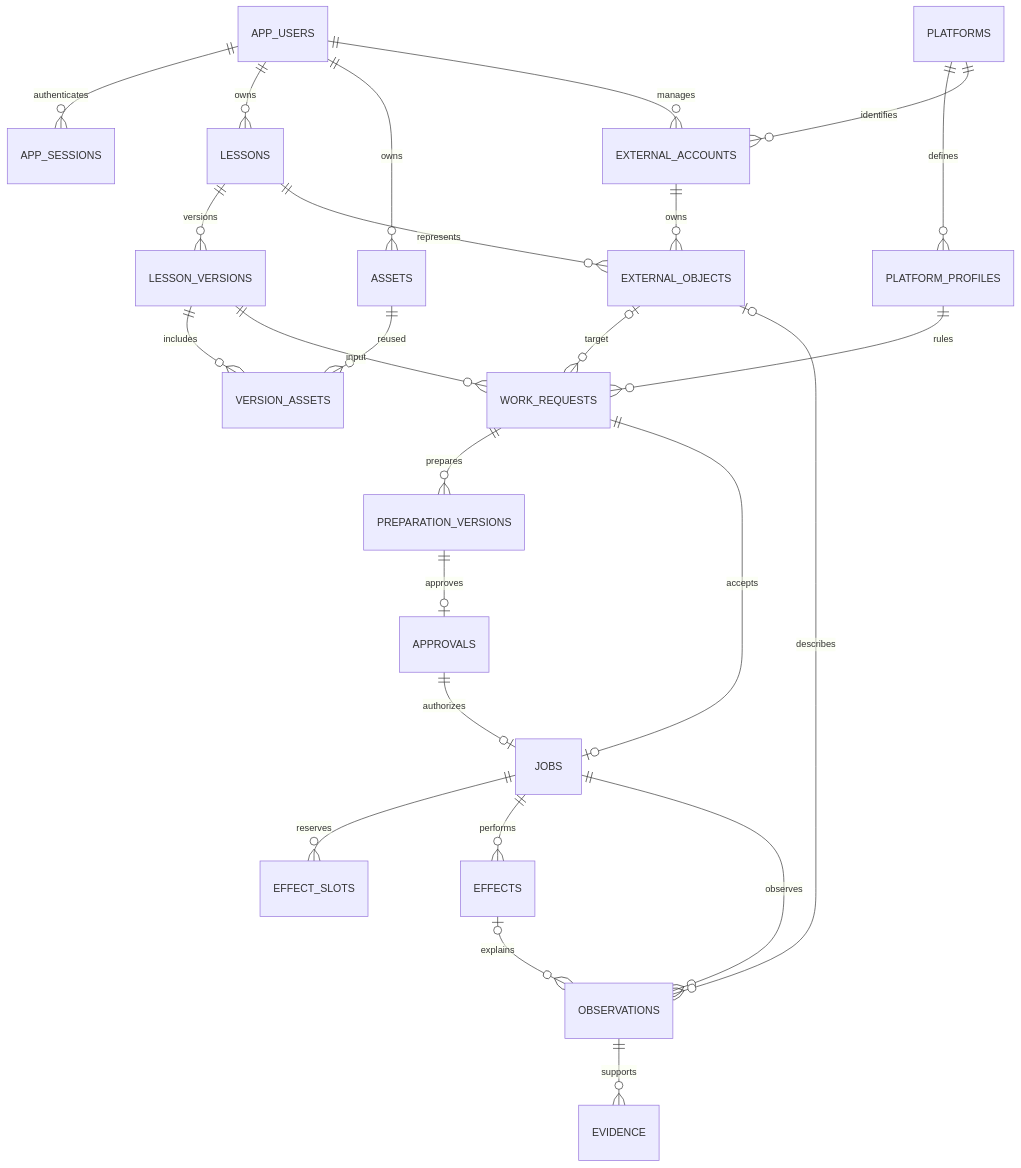
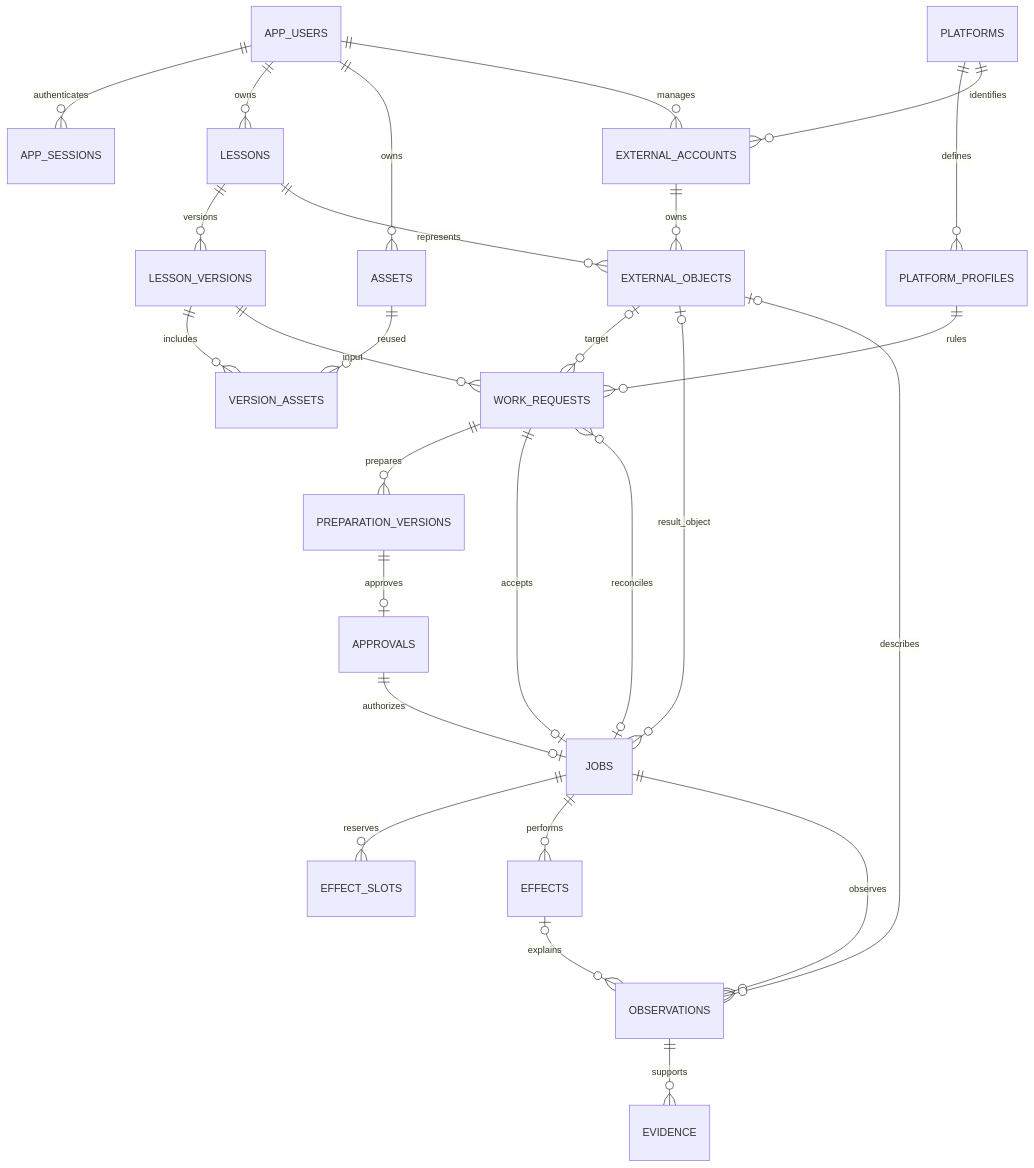
The diagram in docs/step2/데이터베이스_스키마_설계서.md (ik-e/chaja-you), drawn with Mermaid before and after one commit. The commit also changed other lines of this file and 12 other files, not shown here.

````diff
--- a/docs/step2/데이터베이스_스키마_설계서.md
+++ b/docs/step2/데이터베이스_스키마_설계서.md
@@ -12,27 +12,29 @@
 ```mermaid
 erDiagram
  APP_USERS ||--o{ APP_SESSIONS : authenticates
  APP_USERS ||--o{ LESSONS : owns
  APP_USERS ||--o{ ASSETS : owns
  LESSONS ||--o{ LESSON_VERSIONS : versions
  LESSON_VERSIONS ||--o{ VERSION_ASSETS : includes
  ASSETS ||--o{ VERSION_ASSETS : reused
  PLATFORMS ||--o{ PLATFORM_PROFILES : defines
  APP_USERS ||--o{ EXTERNAL_ACCOUNTS : manages
  PLATFORMS ||--o{ EXTERNAL_ACCOUNTS : identifies
  EXTERNAL_ACCOUNTS ||--o{ EXTERNAL_OBJECTS : owns
  LESSONS ||--o{ EXTERNAL_OBJECTS : represents
  LESSON_VERSIONS ||--o{ WORK_REQUESTS : input
  PLATFORM_PROFILES ||--o{ WORK_REQUESTS : rules
  EXTERNAL_OBJECTS o|--o{ WORK_REQUESTS : target
+ EXTERNAL_OBJECTS o|--o{ JOBS : result_object
+ JOBS o|--o{ WORK_REQUESTS : reconciles
  WORK_REQUESTS ||--o{ PREPARATION_VERSIONS : prepares
  PREPARATION_VERSIONS ||--o| APPROVALS : approves
  WORK_REQUESTS ||--o| JOBS : accepts
  APPROVALS ||--o| JOBS : authorizes
  JOBS ||--o{ EFFECT_SLOTS : reserves
  JOBS ||--o{ EFFECTS : performs
  JOBS ||--o{ OBSERVATIONS : observes
  EFFECTS o|--o{ OBSERVATIONS : explains
  EXTERNAL_OBJECTS o|--o{ OBSERVATIONS : describes
  OBSERVATIONS ||--o{ EVIDENCE : supports
 ```
````
